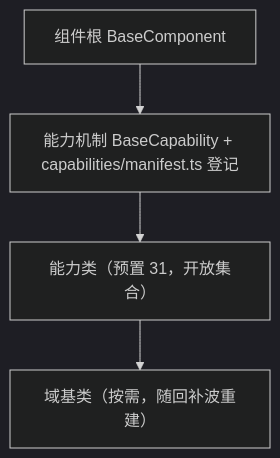
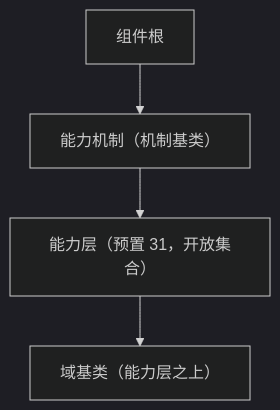
Before and after one commit to minjian123/basic-management-system: the diagram in bms文档/设计/组件设计/02_基础组件类/01_机制基类/03_组件设计_能力机制/03_组件设计_能力机制.md, drawn with Mermaid (dark theme). The commit also changed other lines of this file and 238 other files, not shown here.

````diff
--- a/bms文档/设计/组件设计/02_基础组件类/01_机制基类/03_组件设计_能力机制/03_组件设计_能力机制.md
+++ b/bms文档/设计/组件设计/02_基础组件类/01_机制基类/03_组件设计_能力机制/03_组件设计_能力机制.md
@@ -15,6 +16,6 @@
 ```mermaid
 flowchart TD
-    COMP["组件根 BaseComponent"] --> CAP["能力机制 BaseCapability + capabilities/manifest.ts 登记"]
-    CAP --> CAPS["能力类（预置 31，开放集合）"]
-    CAPS --> DOM["域基类（按需，随回补波重建）"]
+    COMP["组件根"] --> CAP["能力机制（机制基类）"]
+    CAP --> CAPS["能力层（预置 31，开放集合）"]
+    CAPS --> DOM["域基类（能力层之上）"]
 ```
````
